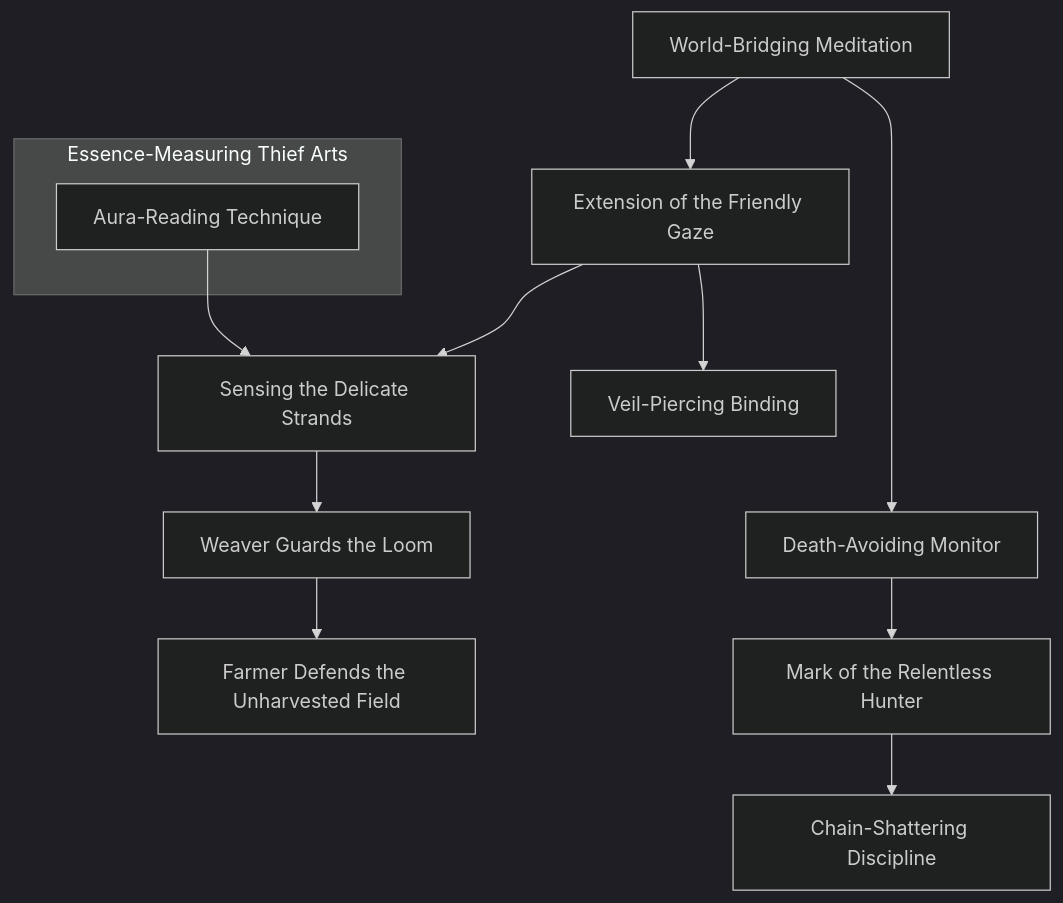
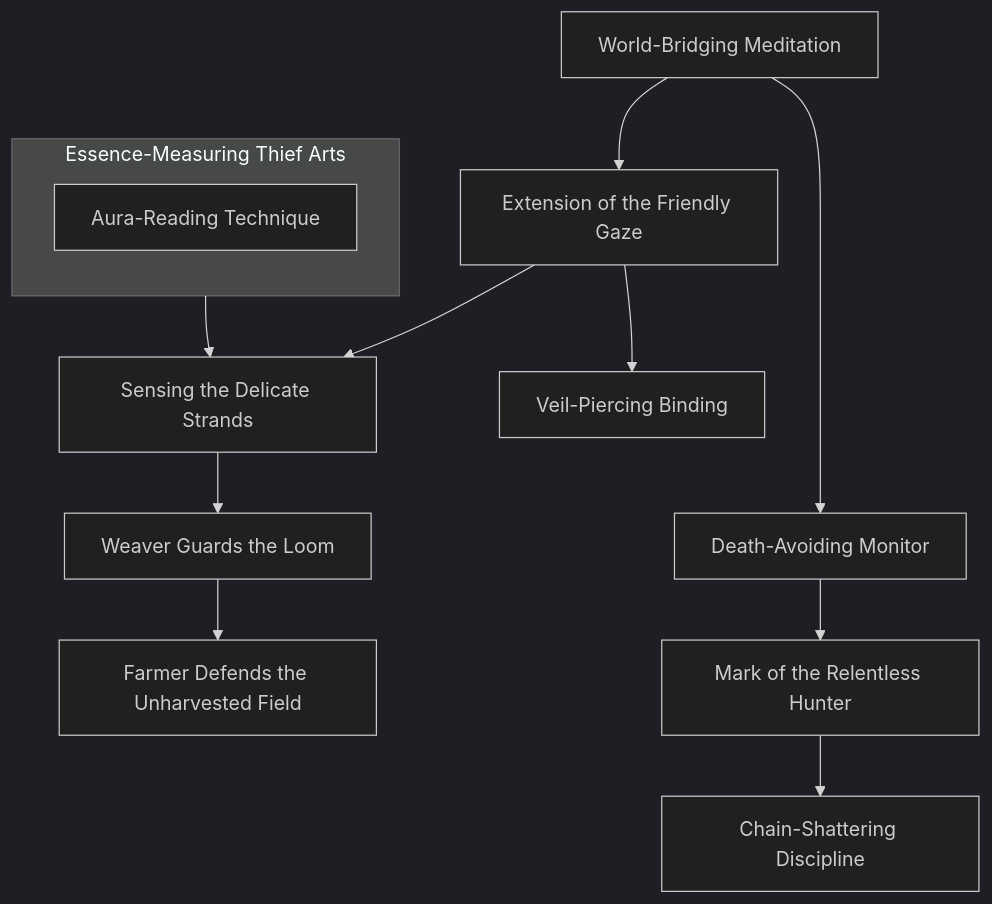
Before and after one commit to jrobichaud/exalted-charms-1e: the diagram in docs/mermaid/arcanoi/tangled_web_arts_1.mmd, drawn with Mermaid. The commit also changed 162 other files, not shown here.

```diff
--- a/docs/mermaid/arcanoi/tangled_web_arts_1.mmd
+++ b/docs/mermaid/arcanoi/tangled_web_arts_1.mmd
@@ -194,7 +194,8 @@
         a Mark placed during life.
         "
 
-    subgraph Essence-Measuring Thief Arts
+    subgraph essence_measuring_thief_arts[Essence-Measuring Thief Arts]
+        direction TB
         aura_reading_technique[Aura-Reading Technique]
     end
 
```
